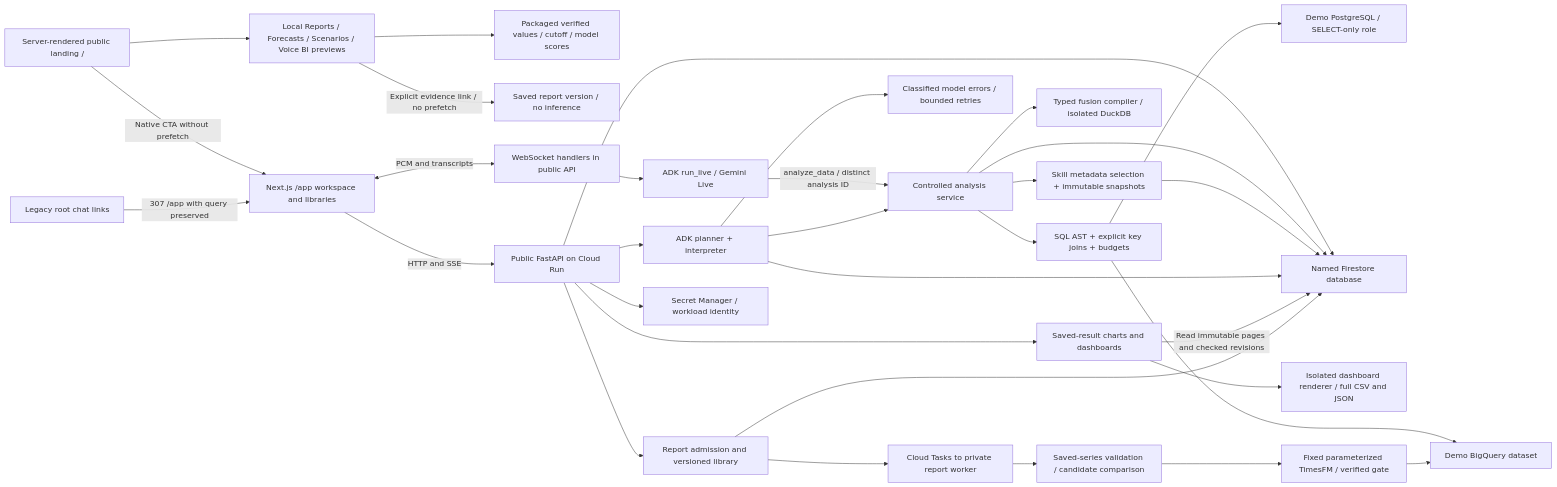
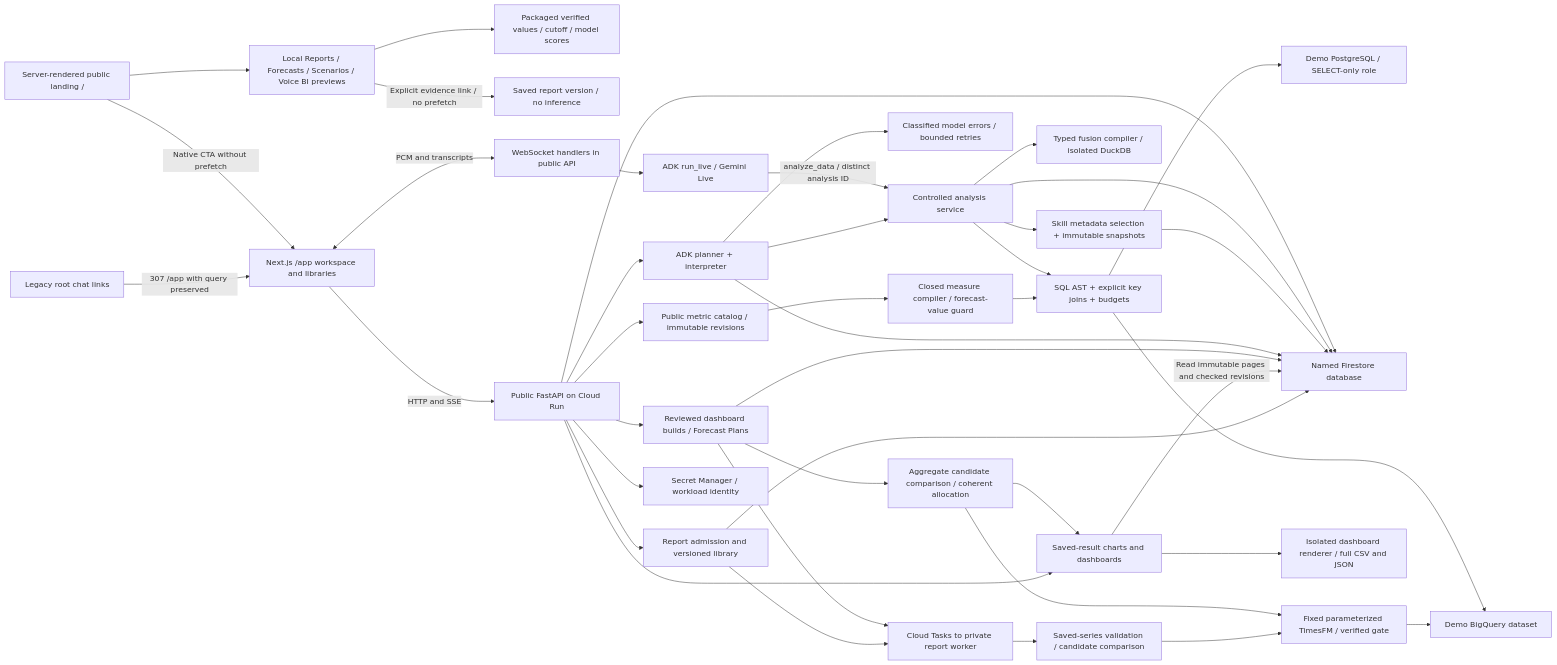
Before and after one commit to RusiruChathushanaka/querylane-agentic-bi: the first of 2 diagrams in docs/architecture.md, drawn with Mermaid. The commit also changed other lines of this file and 114 other files, not shown here.

First line of the commit message:
Add public metrics, AI dashboards and coherent forecast plans

````diff
--- a/docs/architecture.md
+++ b/docs/architecture.md
@@ -9,34 +9,43 @@
 ```mermaid
 flowchart LR
     Landing[Server-rendered public landing /] -->|Native CTA without prefetch| Browser[Next.js /app workspace and libraries]
     Landing --> Preview[Local Reports / Forecasts / Scenarios / Voice BI previews]
     Preview --> Fixture[Packaged verified values / cutoff / model scores]
     Preview -->|Explicit evidence link / no prefetch| Version[Saved report version / no inference]
     Legacy[Legacy root chat links] -->|307 /app with query preserved| Browser
     Browser -->|HTTP and SSE| API[Public FastAPI on Cloud Run]
     Browser <-->|PCM and transcripts| Voice[WebSocket handlers in public API]
     API --> ADK[ADK planner + interpreter]
     Voice --> Live[ADK run_live / Gemini Live]
     Live -->|analyze_data / distinct analysis ID| Analysis[Controlled analysis service]
     ADK --> Failures[Classified model errors / bounded retries]
     ADK --> Analysis
     Analysis --> Guard[SQL AST + explicit key joins + budgets]
     Guard --> BQ[Demo BigQuery dataset]
     Guard --> PG[Demo PostgreSQL / SELECT-only role]
     Analysis --> Fusion[Typed fusion compiler / isolated DuckDB]
     API --> Store[Named Firestore database]
     Analysis --> Store
     Analysis --> Skills[Skill metadata selection + immutable snapshots]
     Skills --> Store
     ADK --> Store
+    API --> Metrics[Public metric catalog / immutable revisions]
+    Metrics --> Compiler[Closed measure compiler / forecast-value guard]
+    Compiler --> Guard
+    API --> Planning[Reviewed dashboard builds / Forecast Plans]
+    Planning --> Dispatch
+    Planning --> Store
+    Planning --> Coherent[Aggregate candidate comparison / coherent allocation]
+    Coherent --> TimesFM
+    Coherent --> Saved
     API --> Saved[Saved-result charts and dashboards]
     Saved -->|Read immutable pages and checked revisions| Store
     Saved --> Export[Isolated dashboard renderer / full CSV and JSON]
     API --> Reports[Report admission and versioned library]
     Reports --> Store
     Reports --> Dispatch[Cloud Tasks to private report worker]
     Dispatch --> Comparison[Saved-series validation / candidate comparison]
     Comparison --> TimesFM[Fixed parameterized TimesFM / verified gate]
     TimesFM --> BQ
     API --> Secrets[Secret Manager / workload identity]
 ```
````
